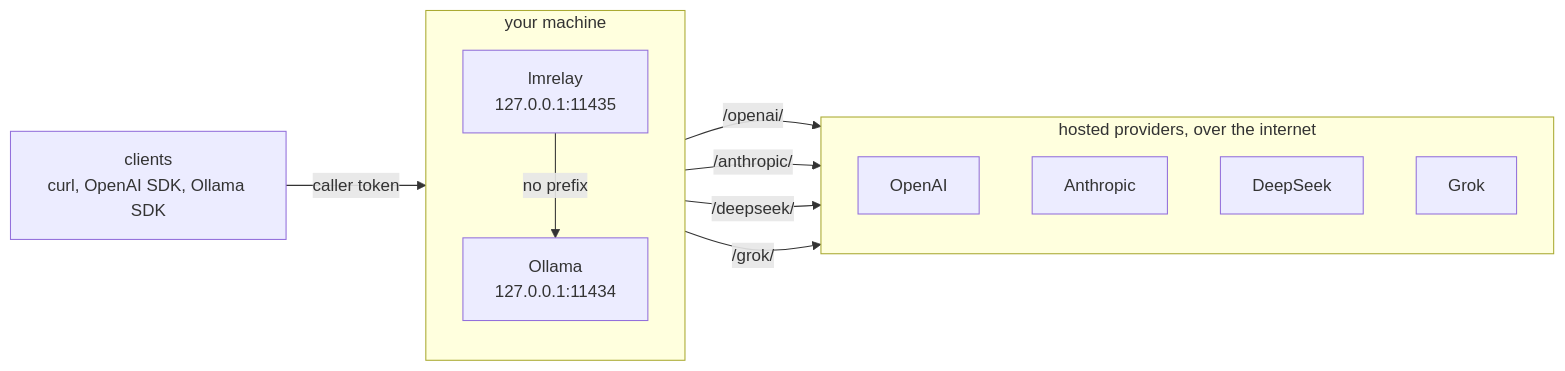
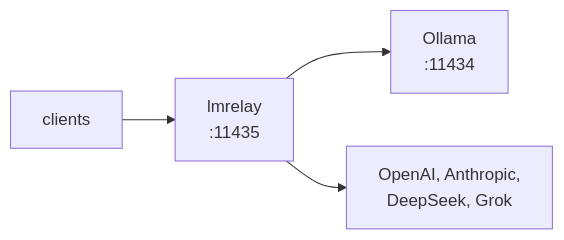
Before and after one commit to wachawo/lmrelay: the diagram in README.md, drawn with Mermaid. The commit also changed 10 other files, not shown here.

First line of the commit message:
Cut the diagram down to what the relay actually does

````diff
--- a/README.md
+++ b/README.md
@@ -12,25 +12,6 @@
 ```mermaid
 flowchart LR
-    C["clients<br/>curl, OpenAI SDK, Ollama SDK"]
-
-    subgraph local["your machine"]
-        direction TB
-        R["lmrelay<br/>127.0.0.1:11435"]
-        O["Ollama<br/>127.0.0.1:11434"]
-    end
-
-    subgraph hosted["hosted providers, over the internet"]
-        direction TB
-        P1["OpenAI"]
-        P2["Anthropic"]
-        P3["DeepSeek"]
-        P4["Grok"]
-    end
-
-    C -- "caller token" --> R
-    R -- "no prefix" --> O
-    R -- "/openai/" --> P1
-    R -- "/anthropic/" --> P2
-    R -- "/deepseek/" --> P3
-    R -- "/grok/" --> P4
+    C["clients"] --> R["lmrelay<br/>:11435"]
+    R --> O["Ollama<br/>:11434"]
+    R --> H["OpenAI, Anthropic,<br/>DeepSeek, Grok"]
 ```
````
